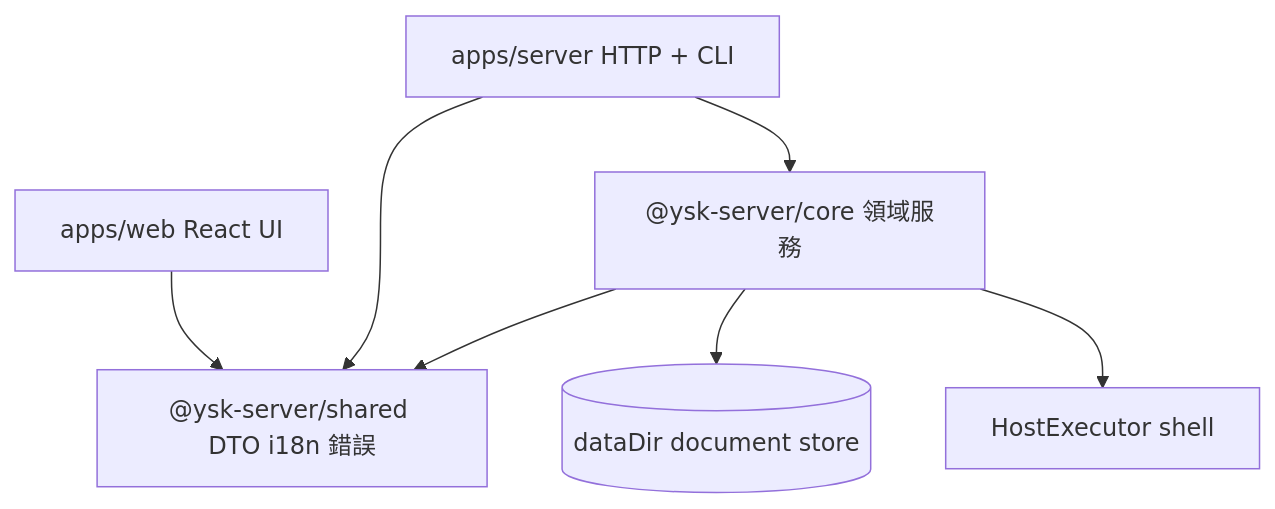
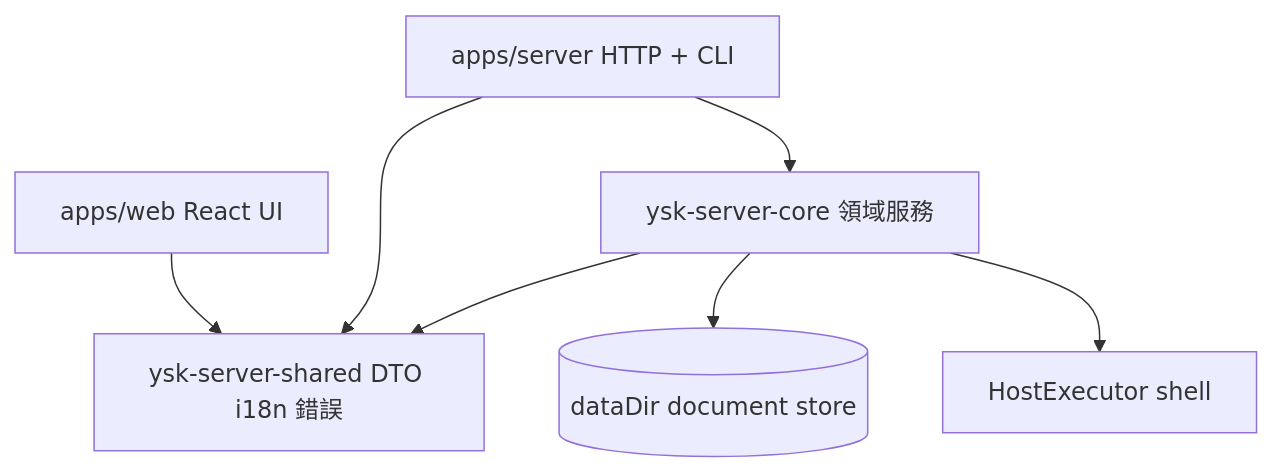
The diagram in docs/architecture/overview-ZH.md (yanshekki/ysk-server), drawn with Mermaid before and after one commit. The commit also changed other lines of this file and 608 other files, not shown here.

First line of the commit message:
fix(npm): README + unscoped shared/core packages (1.0.4)

````diff
--- a/docs/architecture/overview-ZH.md
+++ b/docs/architecture/overview-ZH.md
@@ -14,16 +14,16 @@
 ```mermaid
 flowchart TB
   Web[apps/web React UI]
   Server[apps/server HTTP + CLI]
-  Shared["@ysk-server/shared DTO i18n 錯誤"]
-  Core["@ysk-server/core 領域服務"]
+  Shared["ysk-server-shared DTO i18n 錯誤"]
+  Core["ysk-server-core 領域服務"]
   Store[(dataDir document store)]
   Host[HostExecutor shell]
 
   Web --> Shared
   Server --> Shared
   Server --> Core
   Core --> Shared
   Core --> Store
   Core --> Host
 ```
````
